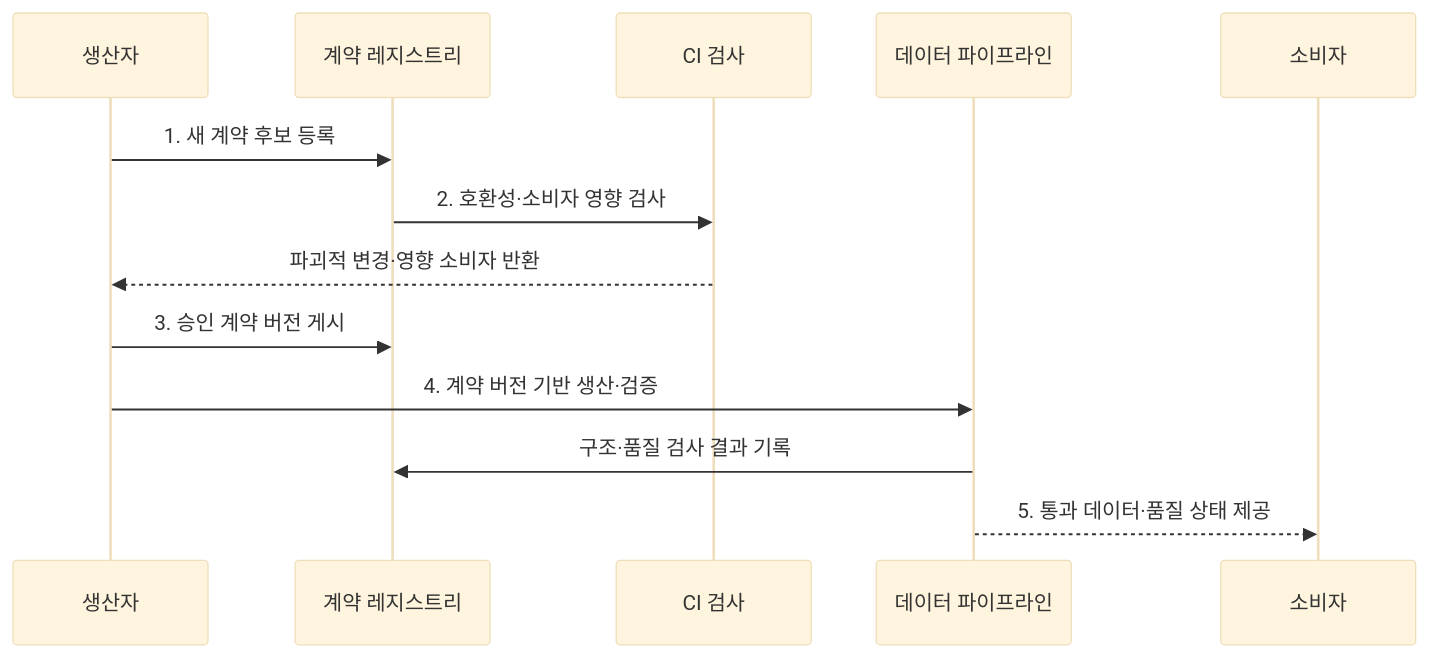
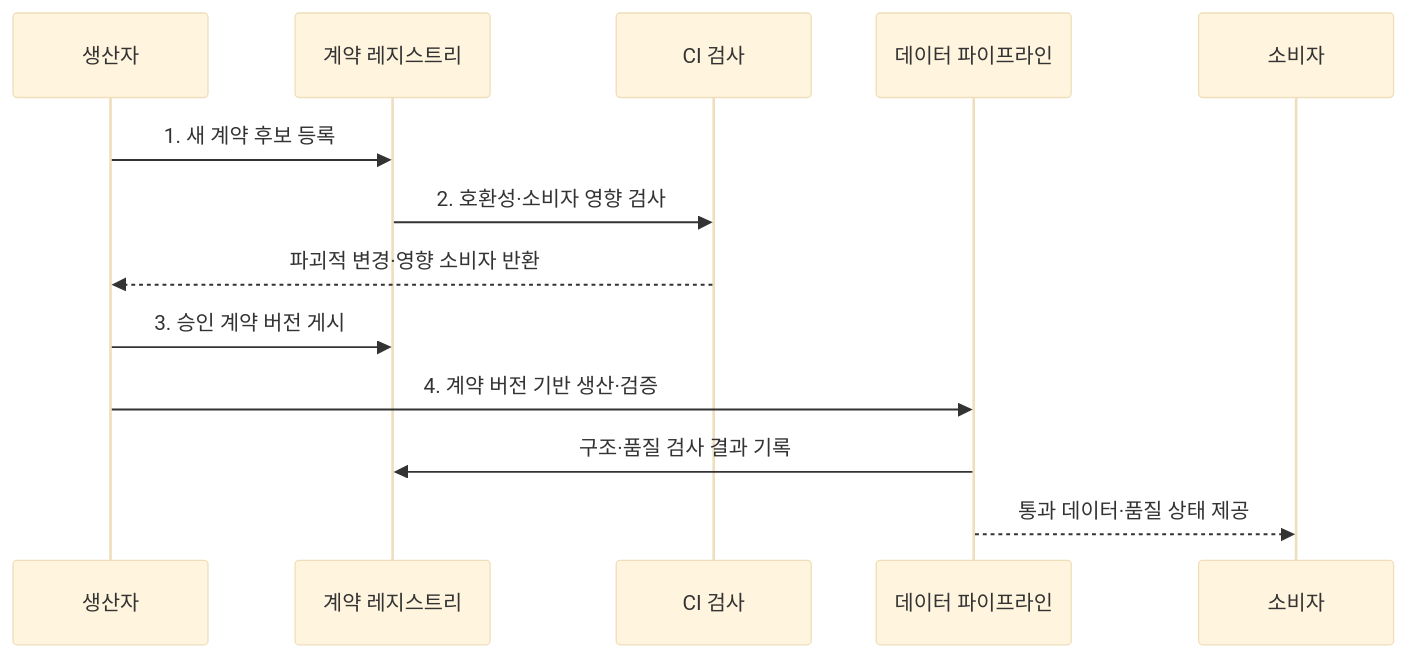
One commit to agnusdei1207/knowledge-base changed the second of 2 diagrams in src/content/docs/notes/03-software/140_data_contract.md. Above: the diagram before and after it, drawn with Mermaid (base theme). The commit also changed other lines of this file and 20 other files, not shown here.

````diff
--- a/src/content/docs/notes/03-software/140_data_contract.md
+++ b/src/content/docs/notes/03-software/140_data_contract.md
@@ -80,15 +84,15 @@
 ```mermaid
 sequenceDiagram
     participant P as 생산자
     participant R as 계약 레지스트리
     participant C as CI 검사
     participant V as 데이터 파이프라인
     participant U as 소비자
     P->>R: 1. 새 계약 후보 등록
     R->>C: 2. 호환성·소비자 영향 검사
     C-->>P: 파괴적 변경·영향 소비자 반환
     P->>R: 3. 승인 계약 버전 게시
     P->>V: 4. 계약 버전 기반 생산·검증
     V->>R: 구조·품질 검사 결과 기록
-    V-->>U: 5. 통과 데이터·품질 상태 제공
+    V-->>U: 통과 데이터·품질 상태 제공
 ```
````
